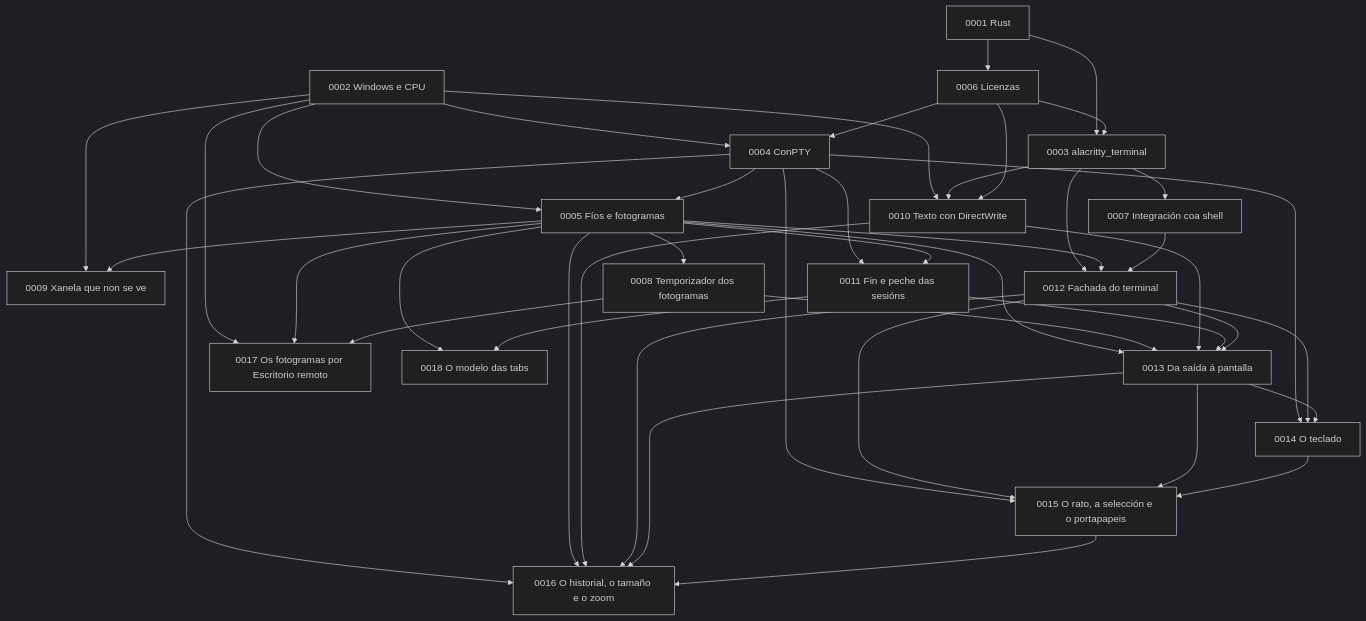
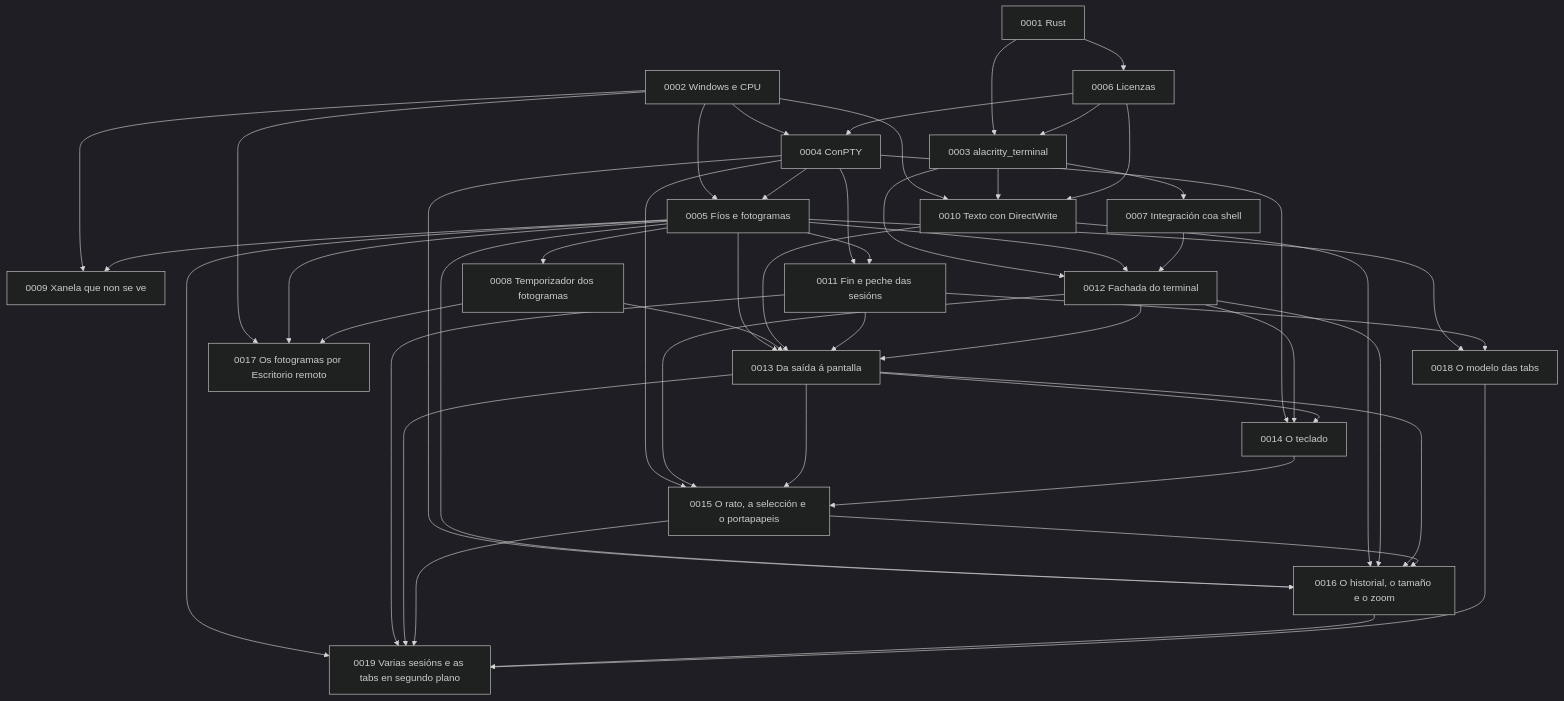
The diagram in docs/adr/README.md (NewHouses/meiga), drawn with Mermaid (dark theme) before and after one commit. The commit also changed other lines of this file and 33 other files, not shown here.

````diff
--- a/docs/adr/README.md
+++ b/docs/adr/README.md
@@ -39,45 +40,51 @@
 ```mermaid
 graph TD
     A1["0001 Rust"] --> A3["0003 alacritty_terminal"]
     A1 --> A6["0006 Licenzas"]
     A2["0002 Windows e CPU"] --> A4["0004 ConPTY"]
     A2 --> A5["0005 Fíos e fotogramas"]
     A2 --> A9["0009 Xanela que non se ve"]
     A2 --> A10["0010 Texto con DirectWrite"]
     A3 --> A7["0007 Integración coa shell"]
     A3 --> A10
     A3 --> A12["0012 Fachada do terminal"]
     A4 --> A5
     A4 --> A11["0011 Fin e peche das sesións"]
     A5 --> A8["0008 Temporizador dos fotogramas"]
     A5 --> A9
     A5 --> A11
     A5 --> A12
     A6 --> A3
     A6 --> A4
     A6 --> A10
     A7 --> A12
     A5 --> A13["0013 Da saída á pantalla"]
     A8 --> A13
     A10 --> A13
     A11 --> A13
     A12 --> A13
     A4 --> A14["0014 O teclado"]
     A12 --> A14
     A13 --> A14
     A4 --> A15["0015 O rato, a selección e o portapapeis"]
     A12 --> A15
     A13 --> A15
     A14 --> A15
     A4 --> A16["0016 O historial, o tamaño e o zoom"]
     A5 --> A16
     A10 --> A16
     A12 --> A16
     A13 --> A16
     A15 --> A16
     A2 --> A17["0017 Os fotogramas por Escritorio remoto"]
     A5 --> A17
     A8 --> A17
     A5 --> A18["0018 O modelo das tabs"]
     A11 --> A18
+    A5 --> A19["0019 Varias sesións e as tabs en segundo plano"]
+    A11 --> A19
+    A13 --> A19
+    A15 --> A19
+    A16 --> A19
+    A18 --> A19
 ```
````
